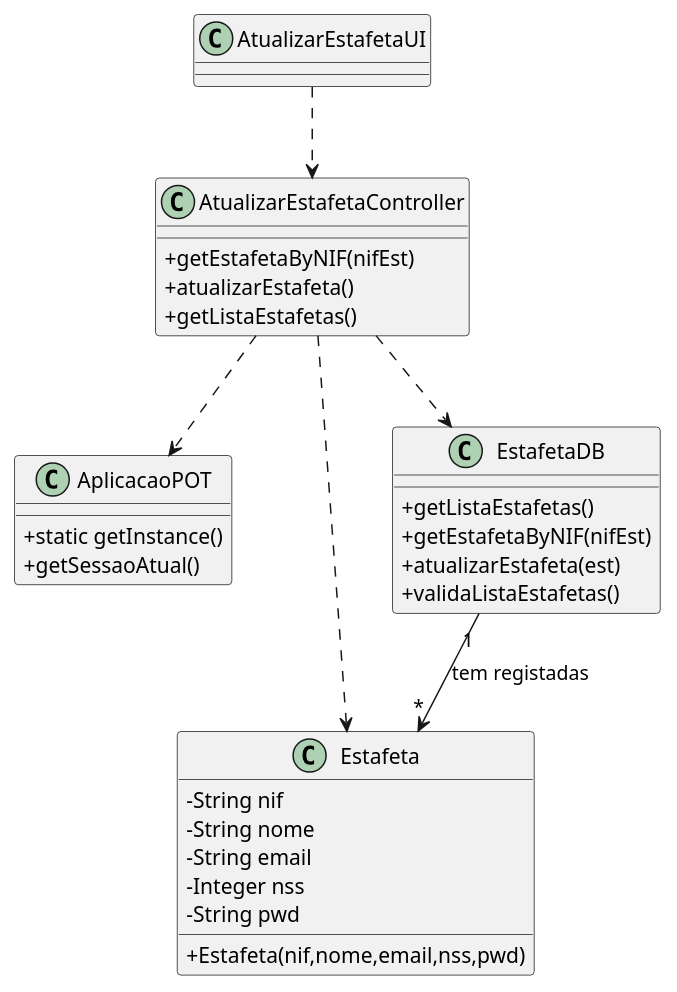
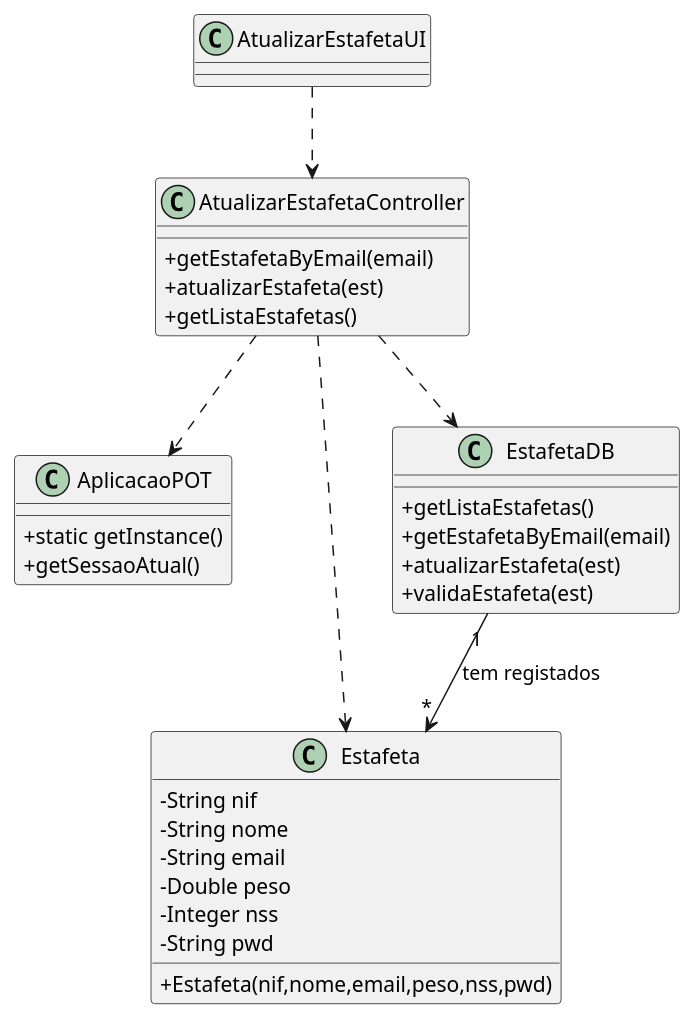
Before and after one commit to pedrolemos4/LAPR3: the diagram in docs/UC85/UC85_AtualizarEstafetaCD.puml, drawn with PlantUML. The commit also changed 5 other files, not shown here.

Commit message:
LAP3AP4-89 #close Atualizar Estafeta [Review]

```diff
--- a/docs/UC85/UC85_AtualizarEstafetaCD.puml
+++ b/docs/UC85/UC85_AtualizarEstafetaCD.puml
@@ -1,42 +1,43 @@
 @startuml
 skinparam classAttributeIconSize 0
 
 class AplicacaoPOT
 {
   +static getInstance()
   +getSessaoAtual()
 }
 
 class Estafeta {
   -String nif
   -String nome
   -String email
+  -Double peso
   -Integer nss
   -String pwd
-  +Estafeta(nif,nome,email,nss,pwd)
+  +Estafeta(nif,nome,email,peso,nss,pwd)
 }
 
 class EstafetaDB {
   +getListaEstafetas()
-  +getEstafetaByNIF(nifEst)
+  +getEstafetaByEmail(email)
   +atualizarEstafeta(est)
-  +validaListaEstafetas()
+  +validaEstafeta(est)
 }
 
 class AtualizarEstafetaController {
-    +getEstafetaByNIF(nifEst)
-    +atualizarEstafeta()
+    +getEstafetaByEmail(email)
+    +atualizarEstafeta(est)
     +getListaEstafetas()
 }
 
 class AtualizarEstafetaUI {
 }
 
 AtualizarEstafetaUI ..> AtualizarEstafetaController
 AtualizarEstafetaController ..> EstafetaDB
 AtualizarEstafetaController ..> Estafeta
 AtualizarEstafetaController ..> AplicacaoPOT
 
-EstafetaDB "1" --> "*" Estafeta : tem registadas
+EstafetaDB "1" --> "*" Estafeta : tem registados
 
 @enduml
```
